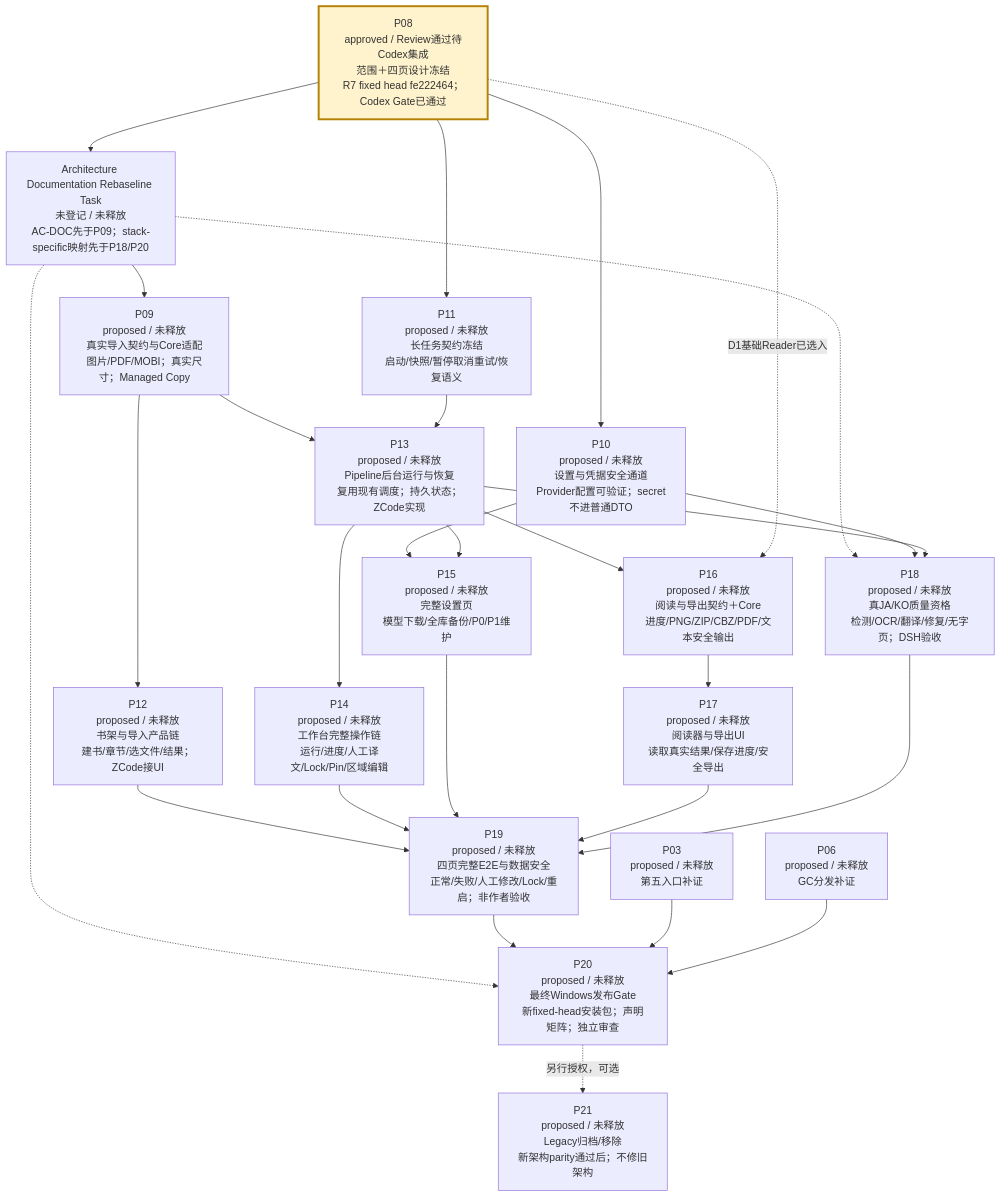
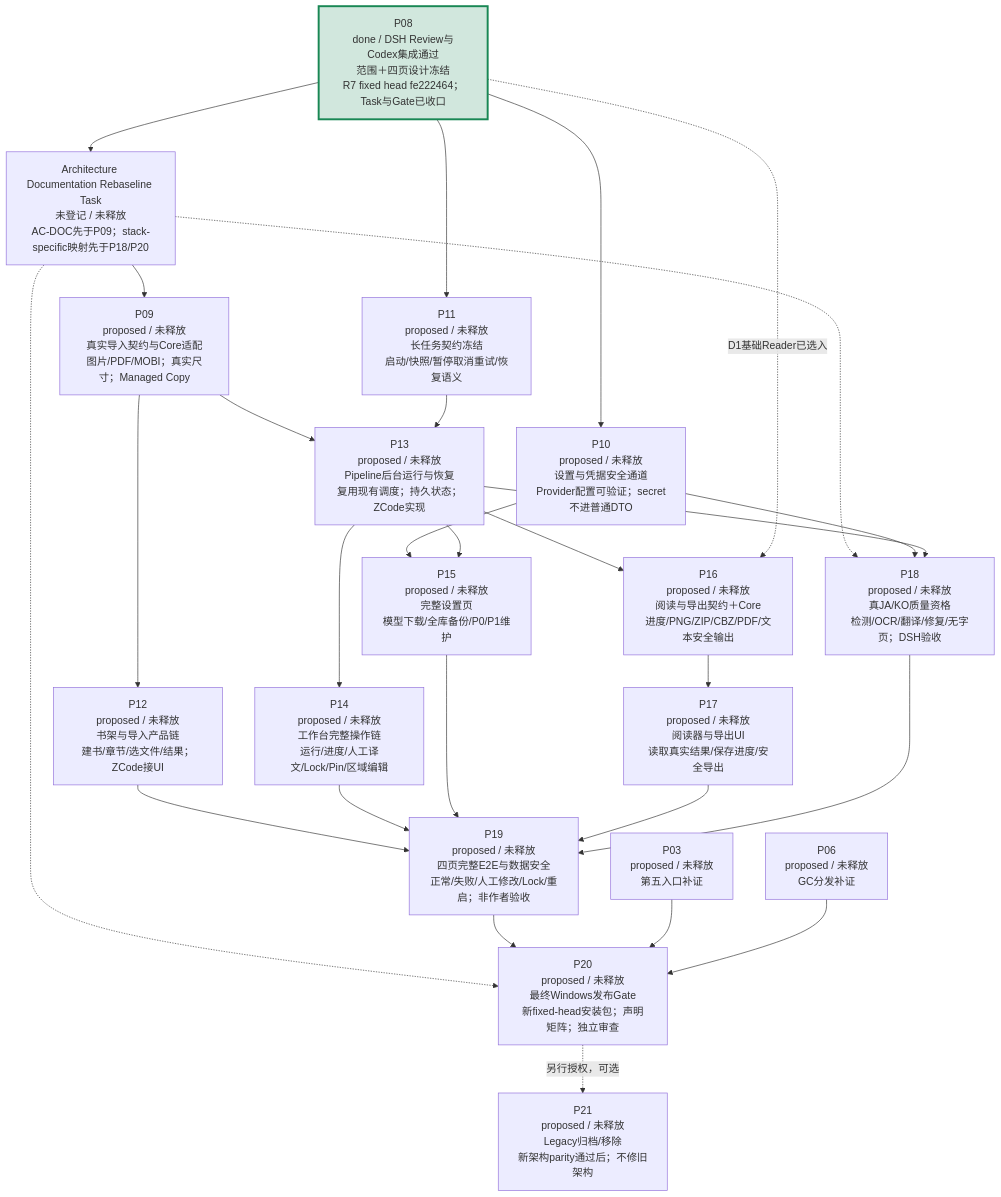
Before and after one commit to peakwheat-pixel/New-Manga: the third of 4 diagrams in verification/PROJECT-ROADMAP-20261008/ROADMAP.md, drawn with Mermaid. The commit also changed other lines of this file and 11 other files, not shown here.

````diff
--- a/verification/PROJECT-ROADMAP-20261008/ROADMAP.md
+++ b/verification/PROJECT-ROADMAP-20261008/ROADMAP.md
@@ -47,30 +47,30 @@
 ```mermaid
 flowchart TB
-  P08["P08<br/>approved / Review通过待Codex集成<br/>范围＋四页设计冻结<br/>R7 fixed head fe222464；Codex Gate已通过"] --> ARCHDOC["Architecture Documentation Rebaseline Task<br/>未登记 / 未释放<br/>AC-DOC先于P09；stack-specific映射先于P18/P20"]
+  P08["P08<br/>done / DSH Review与Codex集成通过<br/>范围＋四页设计冻结<br/>R7 fixed head fe222464；Task与Gate已收口"] --> ARCHDOC["Architecture Documentation Rebaseline Task<br/>未登记 / 未释放<br/>AC-DOC先于P09；stack-specific映射先于P18/P20"]
   ARCHDOC --> P09["P09<br/>proposed / 未释放<br/>真实导入契约与Core适配<br/>图片/PDF/MOBI；真实尺寸；Managed Copy"]
   ARCHDOC -.-> P18
   ARCHDOC -.-> P20
   P08 --> P10["P10<br/>proposed / 未释放<br/>设置与凭据安全通道<br/>Provider配置可验证；secret不进普通DTO"]
   P08 --> P11["P11<br/>proposed / 未释放<br/>长任务契约冻结<br/>启动/快照/暂停取消重试/恢复语义"]
   P09 --> P12["P12<br/>proposed / 未释放<br/>书架与导入产品链<br/>建书/章节/选文件/结果；ZCode接UI"]
   P09 --> P13["P13<br/>proposed / 未释放<br/>Pipeline后台运行与恢复<br/>复用现有调度；持久状态；ZCode实现"]
   P11 --> P13
   P13 --> P14["P14<br/>proposed / 未释放<br/>工作台完整操作链<br/>运行/进度/人工译文/Lock/Pin/区域编辑"]
   P10 --> P15["P15<br/>proposed / 未释放<br/>完整设置页<br/>模型下载/全库备份/P0/P1维护"]
   P13 --> P15
   P13 --> P16["P16<br/>proposed / 未释放<br/>阅读与导出契约＋Core<br/>进度/PNG/ZIP/CBZ/PDF/文本安全输出"]
   P08 -. "D1基础Reader已选入" .-> P16
   P16 --> P17["P17<br/>proposed / 未释放<br/>阅读器与导出UI<br/>读取真实结果/保存进度/安全导出"]
   P10 --> P18["P18<br/>proposed / 未释放<br/>真JA/KO质量资格<br/>检测/OCR/翻译/修复/无字页；DSH验收"]
   P13 --> P18
   P12 --> P19["P19<br/>proposed / 未释放<br/>四页完整E2E与数据安全<br/>正常/失败/人工修改/Lock/重启；非作者验收"]
   P14 --> P19
   P15 --> P19
   P17 --> P19
   P18 --> P19
   P19 --> P20["P20<br/>proposed / 未释放<br/>最终Windows发布Gate<br/>新fixed-head安装包；声明矩阵；独立审查"]
   P03["P03<br/>proposed / 未释放<br/>第五入口补证"] --> P20
   P06["P06<br/>proposed / 未释放<br/>GC分发补证"] --> P20
   P20 -. "另行授权，可选" .-> P21["P21<br/>proposed / 未释放<br/>Legacy归档/移除<br/>新架构parity通过后；不修旧架构"]
-  style P08 fill:#fff3cd,stroke:#b58105,stroke-width:3px
+  style P08 fill:#d1e7dd,stroke:#198754,stroke-width:3px
 ```
````
